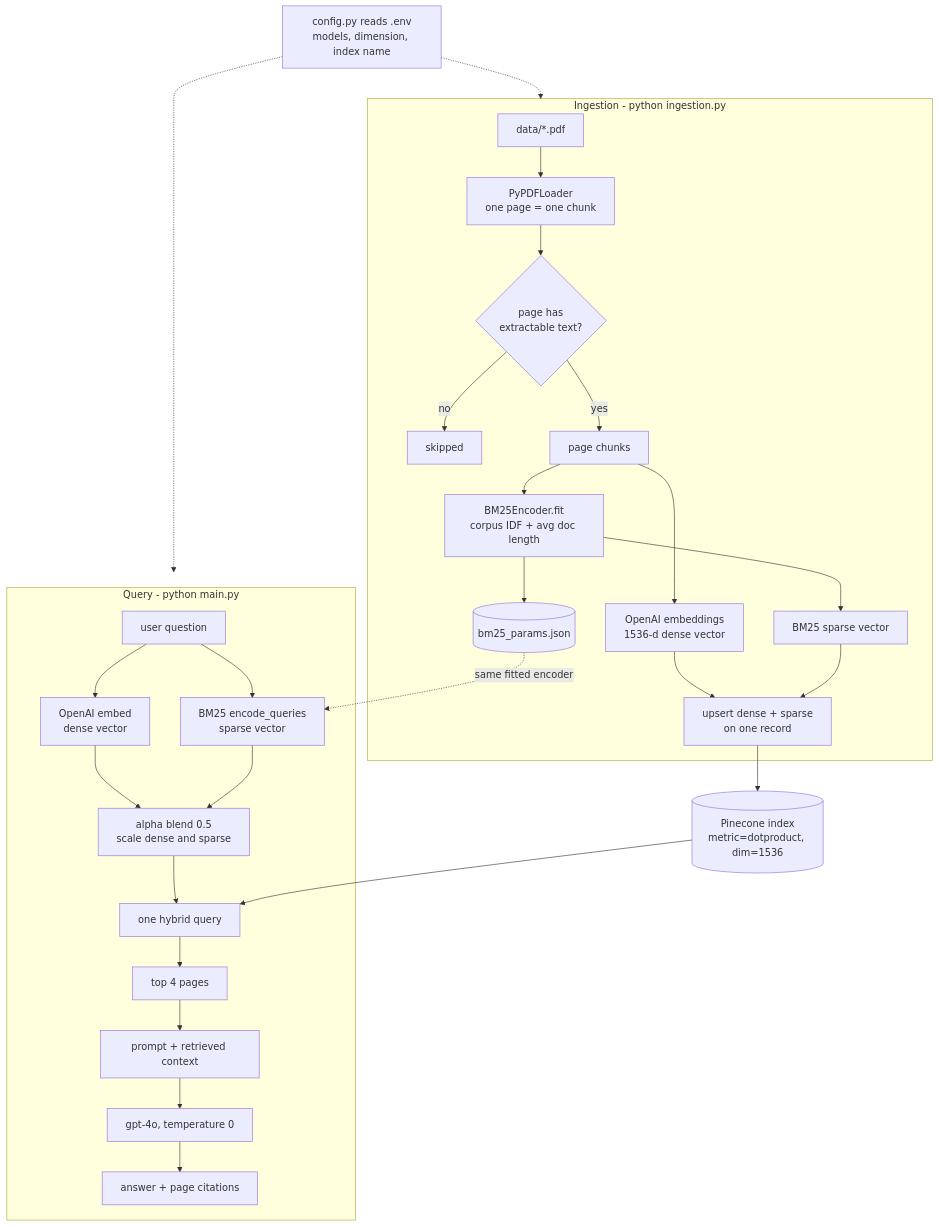
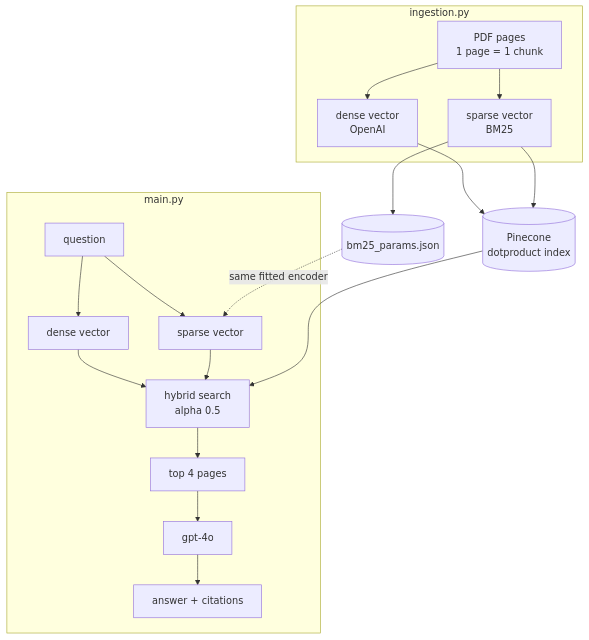
Before and after one commit to krishnabujagouni/rag_homework: the diagram in README.md, drawn with Mermaid. The commit also changed other lines of this file, not shown here.

Commit message:
Simplify architecture diagram

````diff
--- a/README.md
+++ b/README.md
@@ -8,34 +8,24 @@
 ```mermaid
 flowchart TD
-    subgraph ING["Ingestion - python ingestion.py"]
-        A["data/*.pdf"] --> B["PyPDFLoader<br/>one page = one chunk"]
-        B --> C{"page has<br/>extractable text?"}
-        C -->|no| D["skipped"]
-        C -->|yes| E["page chunks"]
-        E --> F["BM25Encoder.fit<br/>corpus IDF + avg doc length"]
-        E --> G["OpenAI embeddings<br/>1536-d dense vector"]
-        F --> H[("bm25_params.json")]
-        F --> I["BM25 sparse vector"]
-        G --> J["upsert dense + sparse<br/>on one record"]
-        I --> J
+    subgraph ING["ingestion.py"]
+        A["PDF pages<br/>1 page = 1 chunk"] --> B["dense vector<br/>OpenAI"]
+        A --> C["sparse vector<br/>BM25"]
     end
 
-    J --> K[("Pinecone index<br/>metric=dotproduct, dim=1536")]
+    B --> D[("Pinecone<br/>dotproduct index")]
+    C --> D
+    C --> E[("bm25_params.json")]
 
-    subgraph QRY["Query - python main.py"]
-        L["user question"] --> M["OpenAI embed<br/>dense vector"]
-        L --> N["BM25 encode_queries<br/>sparse vector"]
-        M --> O["alpha blend 0.5<br/>scale dense and sparse"]
-        N --> O
-        O --> P["one hybrid query"]
-        P --> Q["top 4 pages"]
-        Q --> R["prompt + retrieved context"]
-        R --> S["gpt-4o, temperature 0"]
-        S --> T["answer + page citations"]
+    subgraph QRY["main.py"]
+        F["question"] --> G["dense vector"]
+        F --> H["sparse vector"]
+        G --> I["hybrid search<br/>alpha 0.5"]
+        H --> I
+        I --> J["top 4 pages"]
+        J --> K["gpt-4o"]
+        K --> L["answer + citations"]
     end
 
-    H -.->|"same fitted encoder"| N
-    K --> P
-    U["config.py reads .env<br/>models, dimension, index name"] -.-> ING
-    U -.-> QRY
+    E -.->|same fitted encoder| H
+    D --> I
 ```
````
